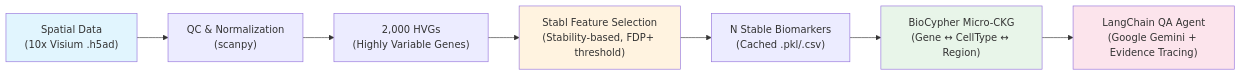
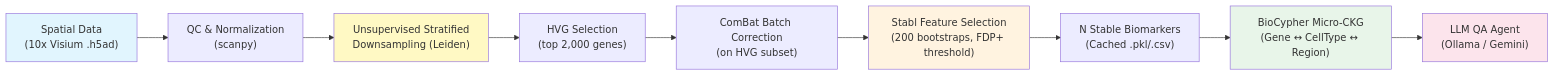
The diagram in README.md (ShaunFChen/spatial-microckg-agent), drawn with Mermaid before and after one commit. The commit also changed other lines of this file and 9 other files, not shown here.

````diff
--- a/README.md
+++ b/README.md
@@ -12,14 +12,17 @@
 ```mermaid
 flowchart LR
     A["Spatial Data<br/>(10x Visium .h5ad)"] --> B["QC & Normalization<br/>(scanpy)"]
-    B --> C["2,000 HVGs<br/>(Highly Variable Genes)"]
-    C --> D["Stabl Feature Selection<br/>(Stability-based, FDP+ threshold)"]
-    D --> E["N Stable Biomarkers<br/>(Cached .pkl/.csv)"]
-    E --> F["BioCypher Micro-CKG<br/>(Gene ↔ CellType ↔ Region)"]
-    F --> G["LangChain QA Agent<br/>(Google Gemini + Evidence Tracing)"]
+    B --> C["Unsupervised Stratified<br/>Downsampling (Leiden)"]
+    C --> D["HVG Selection<br/>(top 2,000 genes)"]
+    D --> E["ComBat Batch Correction<br/>(on HVG subset)"]
+    E --> F["Stabl Feature Selection<br/>(200 bootstraps, FDP+ threshold)"]
+    F --> G["N Stable Biomarkers<br/>(Cached .pkl/.csv)"]
+    G --> H["BioCypher Micro-CKG<br/>(Gene ↔ CellType ↔ Region)"]
+    H --> I["LLM QA Agent<br/>(Ollama / Gemini)"]
 
     style A fill:#e1f5fe
-    style D fill:#fff3e0
-    style F fill:#e8f5e9
-    style G fill:#fce4ec
+    style C fill:#fff9c4
+    style F fill:#fff3e0
+    style H fill:#e8f5e9
+    style I fill:#fce4ec
 ```
````
